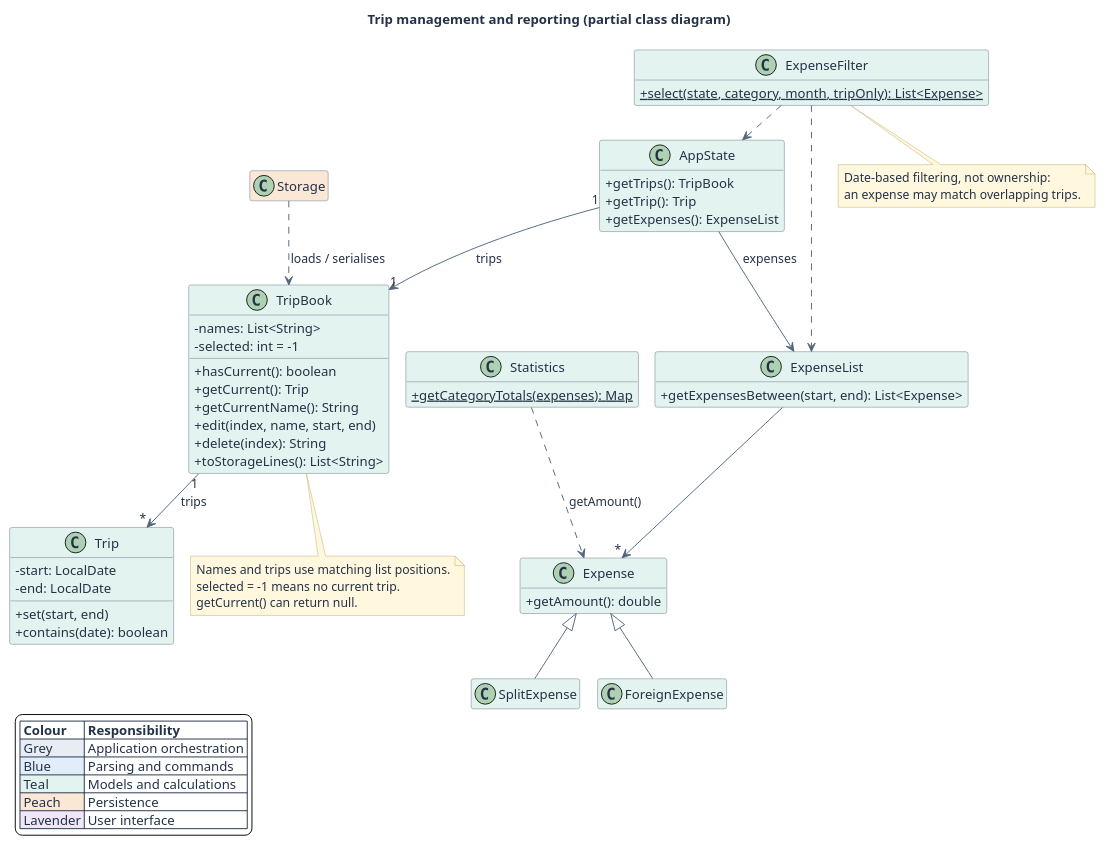
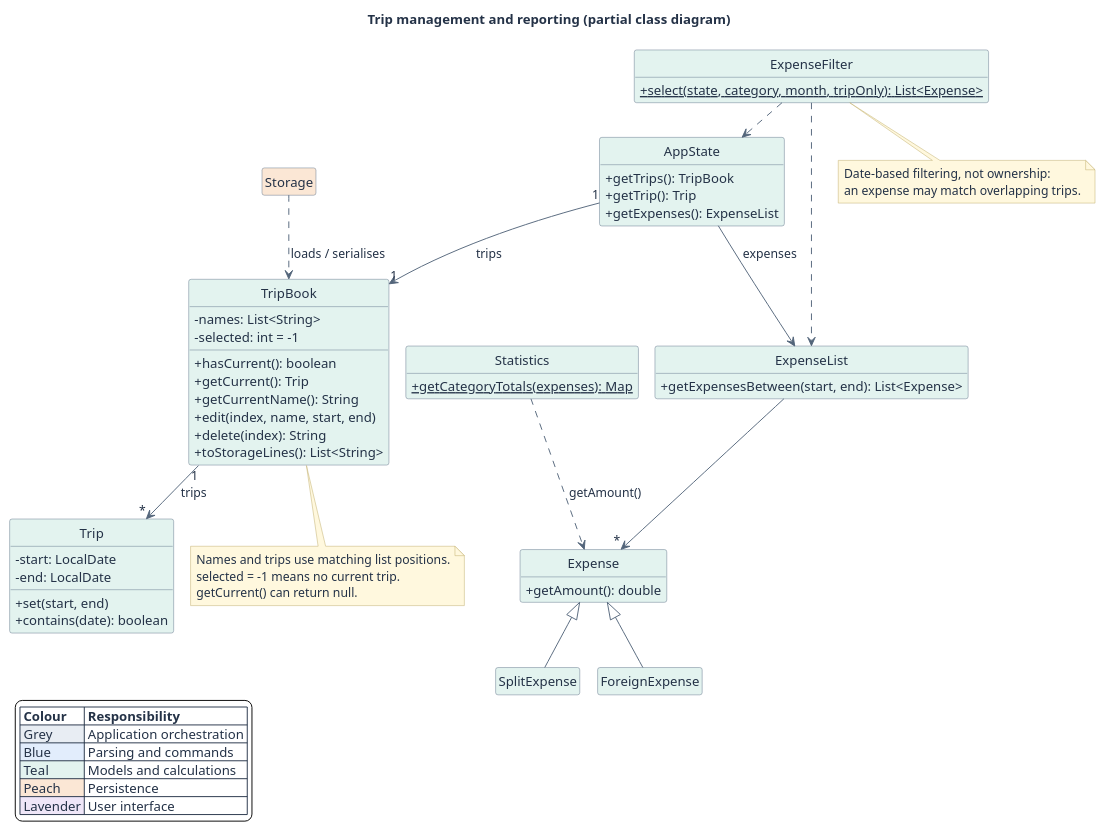
One commit to AY2627S1-CS2113-W10-1/tp changed the diagram in docs/diagrams/TripModel.puml. Above: the diagram before and after it, drawn with PlantUML. The commit also changed 18 other files, not shown here.

```diff
--- a/docs/diagrams/TripModel.puml
+++ b/docs/diagrams/TripModel.puml
@@ -1,82 +1,83 @@
 @startuml
 !pragma layout smetana
 skinparam backgroundColor #FFFFFF
 skinparam defaultFontColor #243247
 skinparam ArrowColor #53657A
 skinparam NoteBackgroundColor #FFF8DE
 skinparam NoteBorderColor #BDAA65
 skinparam classBorderColor #60758A
 skinparam classBackgroundColor #E3F3EF
 skinparam classHeaderBackgroundColor #E3F3EF
 skinparam sequenceParticipantBorderColor #60758A
 skinparam sequenceLifeLineBorderColor #A5B1BE
 skinparam sequenceGroupBorderColor #8D9BAD
 skinparam sequenceGroupBackgroundColor #F4F6F9
 skinparam shadowing false
 skinparam classAttributeIconSize 0
 hide empty members
+hide circle
 title Trip management and reporting (partial class diagram)
 class AppState {
   +getTrips(): TripBook
   +getTrip(): Trip
   +getExpenses(): ExpenseList
 }
 class TripBook {
   -names: List<String>
   -selected: int = -1
   +hasCurrent(): boolean
   +getCurrent(): Trip
   +getCurrentName(): String
   +edit(index, name, start, end)
   +delete(index): String
   +toStorageLines(): List<String>
 }
 class Trip {
   -start: LocalDate
   -end: LocalDate
   +set(start, end)
   +contains(date): boolean
 }
 class ExpenseList {
   +getExpensesBetween(start, end): List<Expense>
 }
 class Expense {
   +getAmount(): double
 }
 class SplitExpense
 class ForeignExpense
 class ExpenseFilter {
   +{static} select(state, category, month, tripOnly): List<Expense>
 }
 class Statistics {
   +{static} getCategoryTotals(expenses): Map
 }
 class Storage #FBE7D5
-AppState "1" --> "1" TripBook : trips
-AppState --> ExpenseList : expenses
-TripBook "1" --> "*" Trip : trips
+AppState "1" --> "1" TripBook : trips >
+AppState --> ExpenseList : expenses >
+TripBook "1" --> "*" Trip : trips >
 ExpenseList --> "*" Expense
 Expense <|-- SplitExpense
 Expense <|-- ForeignExpense
 ExpenseFilter ..> AppState
 ExpenseFilter ..> ExpenseList
-Statistics ..> Expense : getAmount()
-Storage ..> TripBook : loads / serialises
+Statistics ..> Expense : getAmount() >
+Storage ..> TripBook : loads / serialises >
 note bottom of TripBook
   Names and trips use matching list positions.
   selected = -1 means no current trip.
   getCurrent() can return null.
 end note
 note bottom of ExpenseFilter
   Date-based filtering, not ownership:
   an expense may match overlapping trips.
 end note
 legend bottom left
   |= Colour |= Responsibility |
   |<#E8EDF3> Grey | Application orchestration |
   |<#E2EDFC> Blue | Parsing and commands |
   |<#E3F3EF> Teal | Models and calculations |
   |<#FBE7D5> Peach | Persistence |
   |<#EFE6F8> Lavender | User interface |
 endlegend
 @enduml
```
